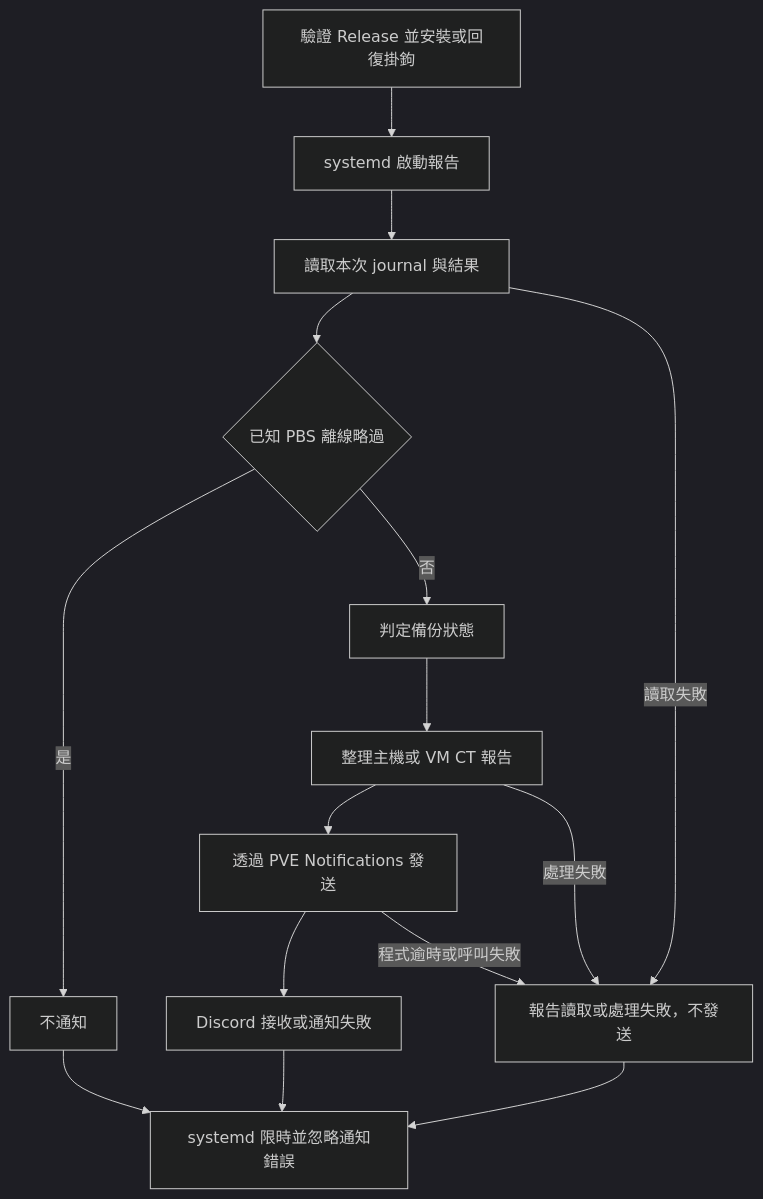
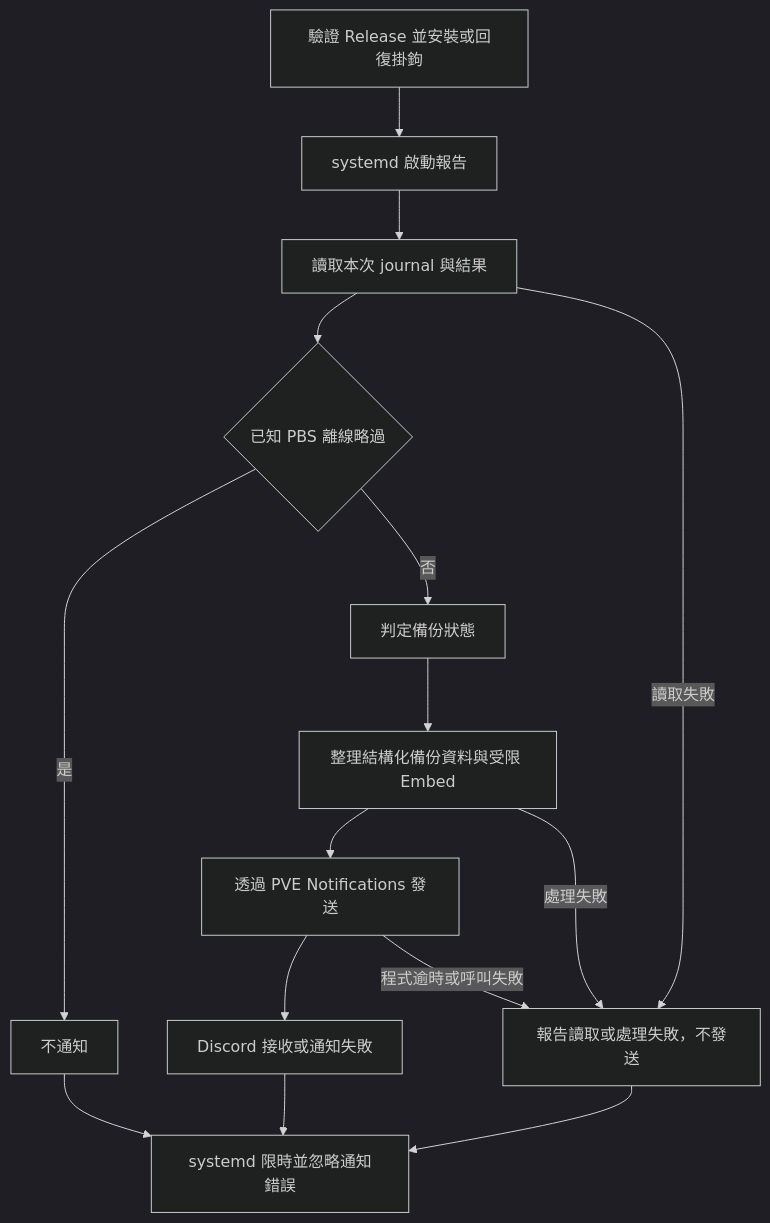
Before and after one commit to KarlSideProjects/pve-discord-backup-reports: the diagram in docs/flows/backup.report.mmd, drawn with Mermaid (dark theme). The commit also changed 13 other files, not shown here.

```diff
--- a/docs/flows/backup.report.mmd
+++ b/docs/flows/backup.report.mmd
@@ -1,26 +1,26 @@
 flowchart TD
 K["驗證 Release 並安裝或回復掛鉤"]
 A["systemd 啟動報告"]
 B["讀取本次 journal 與結果"]
 C{"已知 PBS 離線略過"}
 D["不通知"]
 E["判定備份狀態"]
-F["整理主機或 VM CT 報告"]
+F["整理結構化備份資料與受限 Embed"]
 G["透過 PVE Notifications 發送"]
 H["Discord 接收或通知失敗"]
 I["systemd 限時並忽略通知錯誤"]
 J["報告讀取或處理失敗，不發送"]
 K --> A
 A --> B
 B --> C
 C -->|是| D
 C -->|否| E
 E --> F
 F --> G
 G --> H
 H --> I
 D --> I
 B -->|讀取失敗| J
 F -->|處理失敗| J
 G -->|程式逾時或呼叫失敗| J
 J --> I
```
